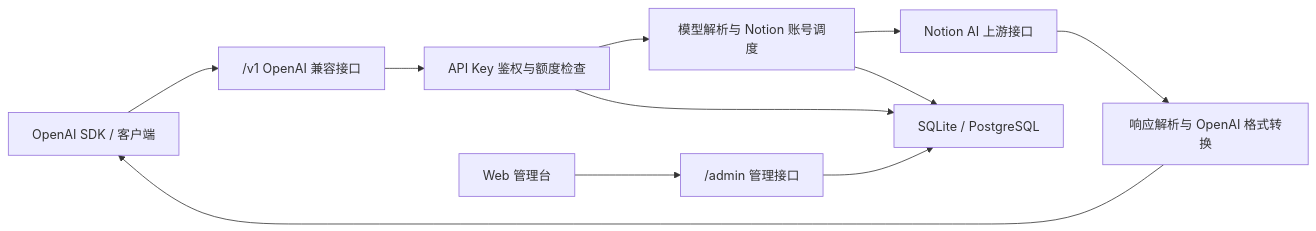
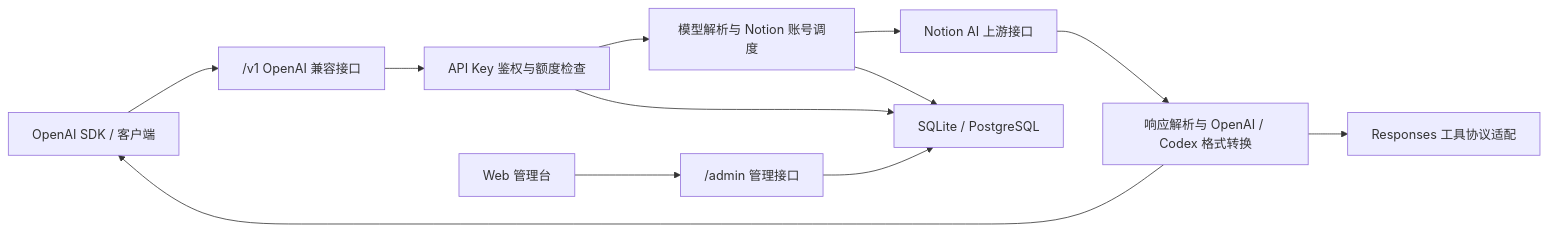
Before and after one commit to Youahui/notion2api: the diagram in README.md, drawn with Mermaid. The commit also changed other lines of this file and 48 other files, not shown here.

````diff
--- a/README.md
+++ b/README.md
@@ -45,14 +46,15 @@
 ```mermaid
 flowchart LR
   Client["OpenAI SDK / 客户端"] --> API["/v1 OpenAI 兼容接口"]
   API --> Auth["API Key 鉴权与额度检查"]
   Auth --> Dispatch["模型解析与 Notion 账号调度"]
   Dispatch --> Notion["Notion AI 上游接口"]
-  Notion --> Convert["响应解析与 OpenAI 格式转换"]
+  Notion --> Convert["响应解析与 OpenAI / Codex 格式转换"]
+  Convert --> Tools["Responses 工具协议适配"]
   Convert --> Client
 
   Admin["Web 管理台"] --> AdminAPI["/admin 管理接口"]
   AdminAPI --> Store["SQLite / PostgreSQL"]
   Auth --> Store
   Dispatch --> Store
 ```
````
